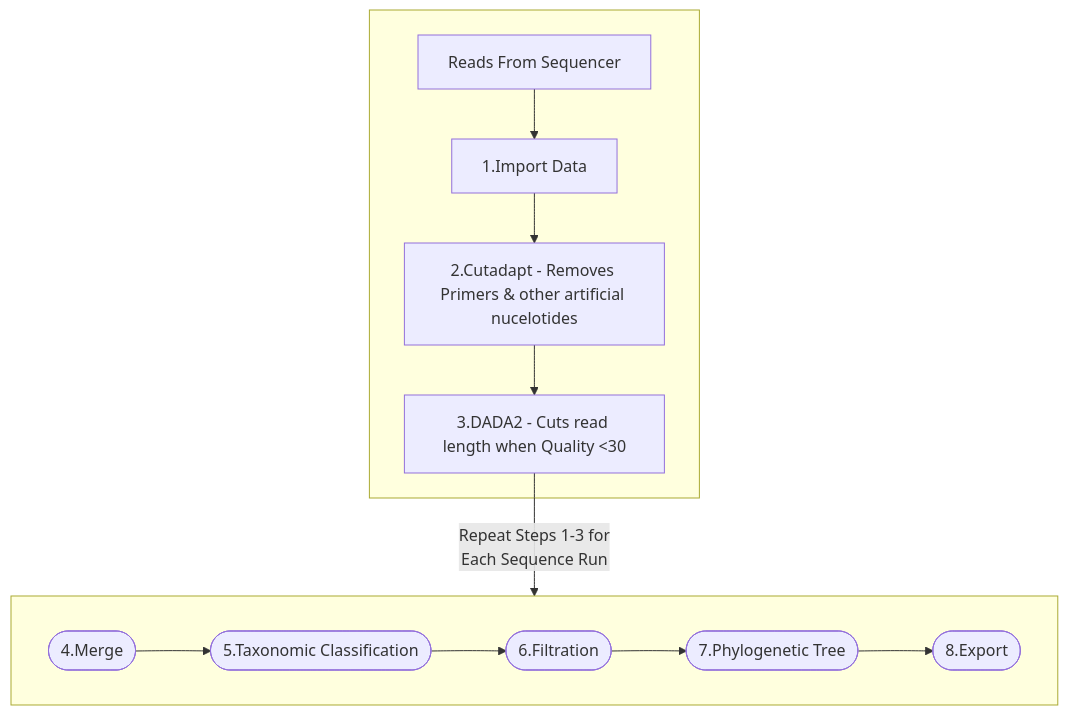
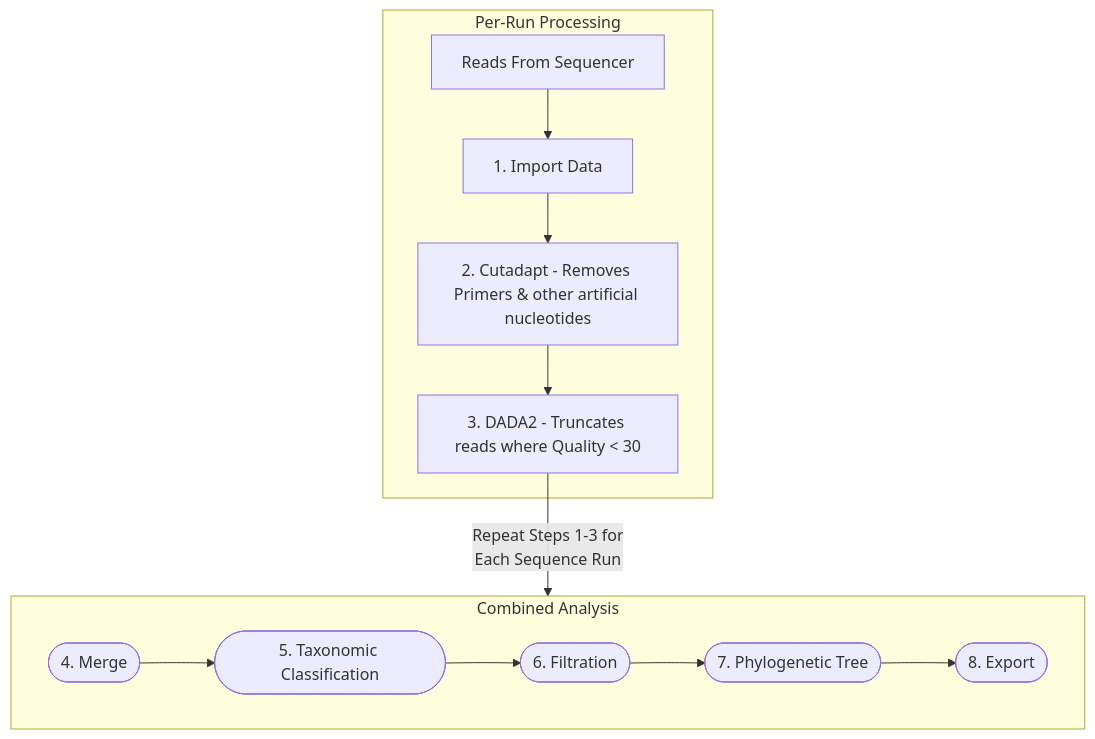
Before and after one commit to nmacknight/16s_OfavSCTLD: the diagram in Qiime2/Qiime2 Pipeline.md, drawn with Mermaid. The commit also changed other lines of this file, not shown here.

Commit message:
Update Qiime2 Pipeline.md

````diff
--- a/Qiime2/Qiime2 Pipeline.md
+++ b/Qiime2/Qiime2 Pipeline.md
@@ -16,17 +16,16 @@
 ```mermaid
 flowchart TD
-	subgraph  
-		A[Reads From Sequencer]-->B[ 1.Import Data];
-		B -->C[2.Cutadapt - Removes Primers & other artificial nucelotides];
-		C-->D[3.DADA2 - Cuts read length when Quality <30];
-	end
-	subgraph  
-		direction LR
-		D--Repeat Steps 1-3 for<br/>Each Sequence Run-->E([4.Merge]);
-		E-->F([5.Taxonomic Classification]);
-		F-->G([6.Filtration]);
-		G-->H([7.Phylogenetic Tree]);
-		H-->I([8.Export]);
-	end
-
+    subgraph S1["Per-Run Processing"]
+        A["Reads From Sequencer"] --> B["1. Import Data"]
+        B --> C["2. Cutadapt - Removes Primers & other artificial nucleotides"]
+        C --> D["3. DADA2 - Truncates reads where Quality #lt; 30"]
+    end
+    subgraph S2["Combined Analysis"]
+        direction LR
+        E(["4. Merge"]) --> F(["5. Taxonomic Classification"])
+        F --> G(["6. Filtration"])
+        G --> H(["7. Phylogenetic Tree"])
+        H --> I(["8. Export"])
+    end
+    D -- "Repeat Steps 1-3 for<br/>Each Sequence Run" --> E
 ```
````
